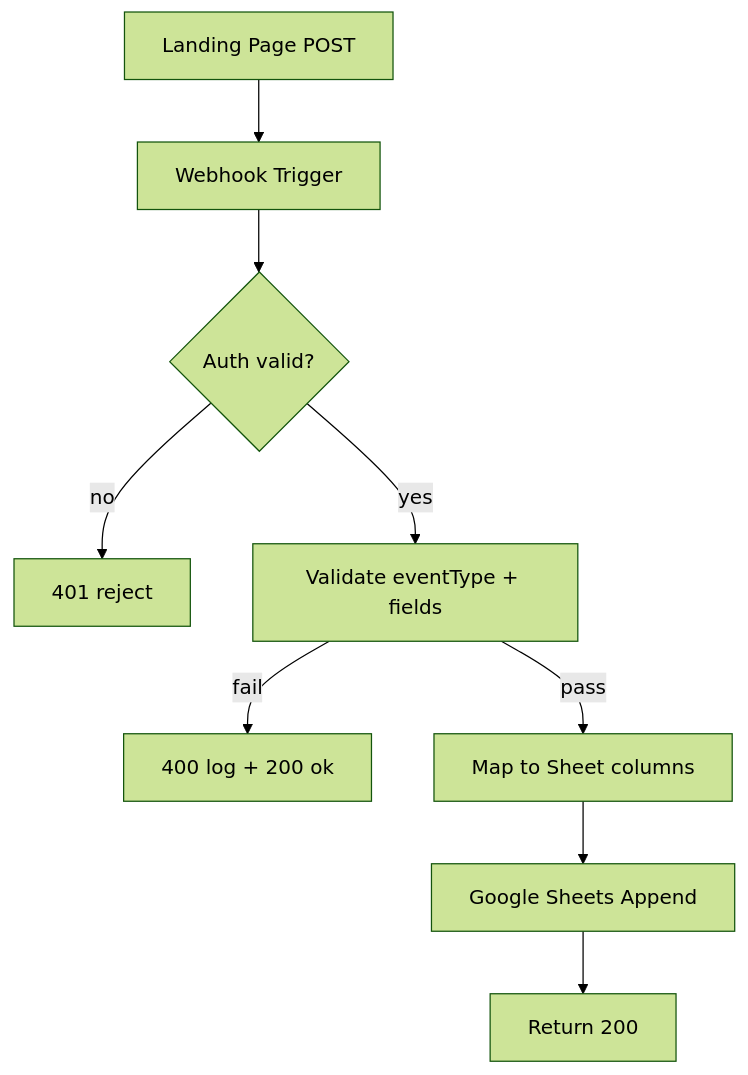
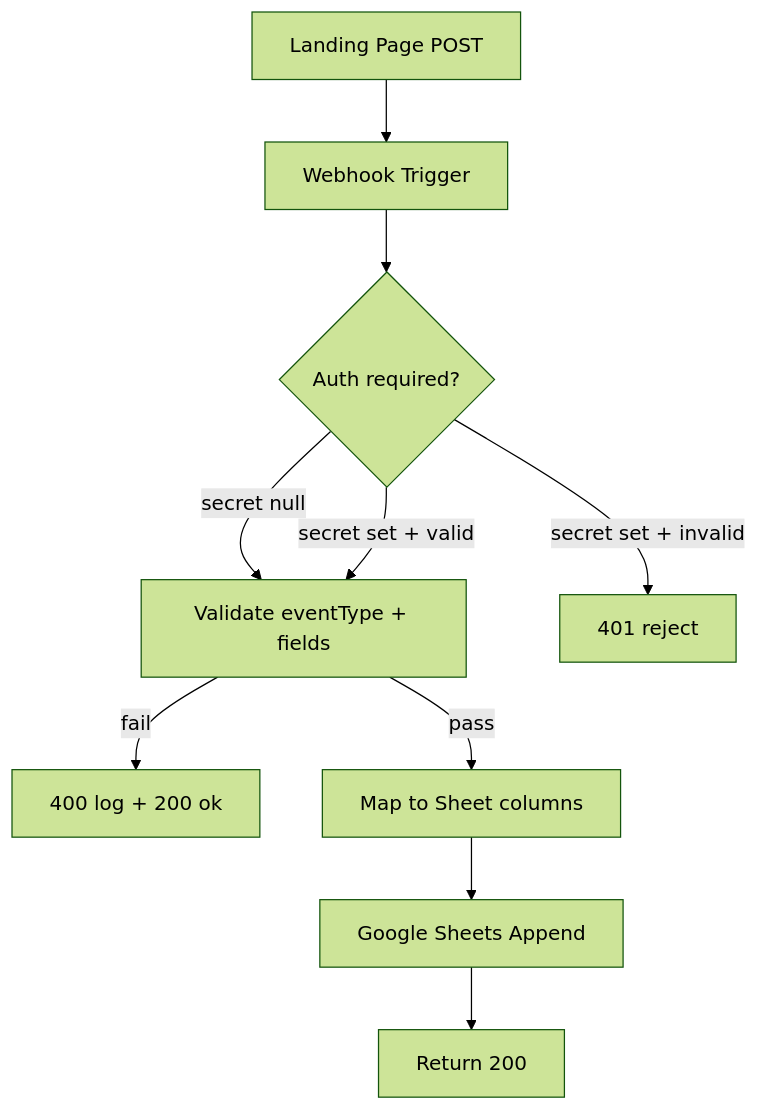
The first of 2 diagrams in n8n-workflows/WF3-TRACKING-PIPELINE-BLUEPRINT.md (scootero/App-Validation-System), drawn with Mermaid (forest theme) before and after one commit. The commit also changed other lines of this file and 12 other files, not shown here.

````diff
--- a/n8n-workflows/WF3-TRACKING-PIPELINE-BLUEPRINT.md
+++ b/n8n-workflows/WF3-TRACKING-PIPELINE-BLUEPRINT.md
@@ -64,11 +74,12 @@
 ```mermaid
 flowchart TD
   LP[Landing Page POST] --> WH[Webhook Trigger]
-  WH --> AUTH{Auth valid?}
-  AUTH -->|no| E401[401 reject]
-  AUTH -->|yes| VAL[Validate eventType + fields]
+  WH --> AUTH{Auth required?}
+  AUTH -->|secret null| VAL[Validate eventType + fields]
+  AUTH -->|secret set + invalid| E401[401 reject]
+  AUTH -->|secret set + valid| VAL
   VAL -->|fail| E400[400 log + 200 ok]
   VAL -->|pass| MAP[Map to Sheet columns]
   MAP --> APP[Google Sheets Append]
   APP --> OK[Return 200]
 ```
````
